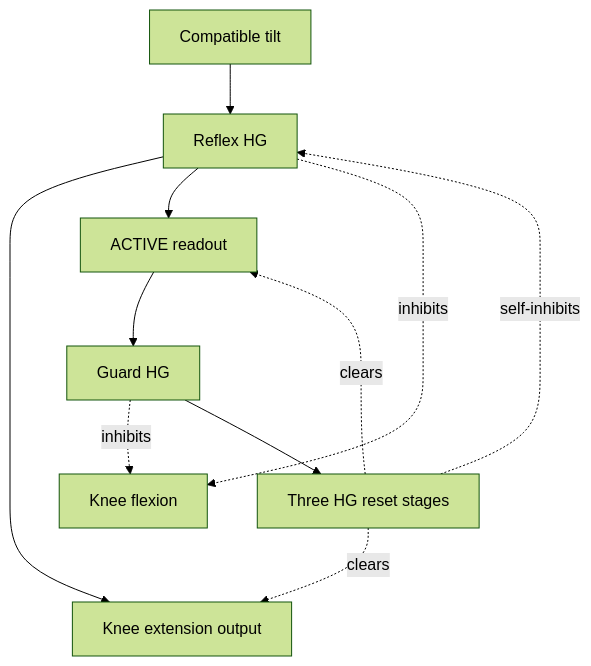
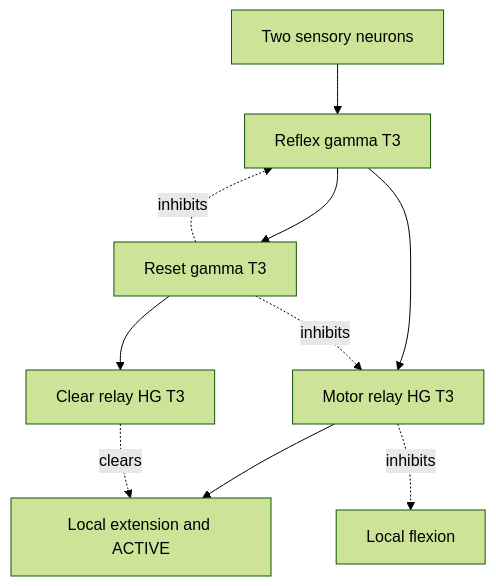
Before and after one commit to artificial-brains-inc/primalux-quadruped-walk-neural-loop: the diagram in docs/REFLEX.md, drawn with Mermaid (forest theme). The commit also changed other lines of this file and 12 other files, not shown here.

Commit message:
Keep support reflexes independent with local gamma self-inhibition

````diff
--- a/docs/REFLEX.md
+++ b/docs/REFLEX.md
@@ -42,13 +37,12 @@
 ```mermaid
 flowchart TD
-    T["Compatible tilt"] --> R["Reflex HG"]
-    R --> E["Knee extension output"]
-    R --> A["ACTIVE readout"]
-    R -. "inhibits" .-> F["Knee flexion"]
-    A --> G["Guard HG"]
-    G -. "inhibits" .-> F
-    G --> C["Three HG reset stages"]
-    C -. "self-inhibits" .-> R
-    C -. "clears" .-> A
+    T["Two sensory neurons"] --> R["Reflex gamma T3"]
+    R --> M["Motor relay HG T3"]
+    R --> S["Reset gamma T3"]
+    S -. "inhibits" .-> R
+    S -. "inhibits" .-> M
+    M --> E["Local extension and ACTIVE"]
+    M -. "inhibits" .-> F["Local flexion"]
+    S --> C["Clear relay HG T3"]
     C -. "clears" .-> E
 ```
````
